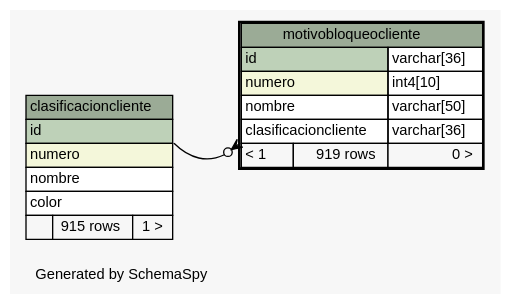
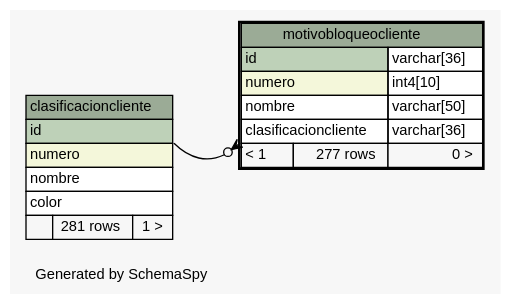
The diagram in postgresql/schemaSpy/salida/diagrams/motivobloqueocliente.1degree.dot (diegopablomansilla/massoftware_front), drawn with Graphviz before and after one commit. The commit also changed 298 other files, not shown here.

```diff
--- a/postgresql/schemaSpy/salida/diagrams/motivobloqueocliente.1degree.dot
+++ b/postgresql/schemaSpy/salida/diagrams/motivobloqueocliente.1degree.dot
@@ -1,49 +1,49 @@
 // dot 2.2.1 on Windows 10 10.0
 // SchemaSpy rev 590
 digraph "oneDegreeRelationshipsDiagram" {
   graph [
     rankdir="RL"
     bgcolor="#f7f7f7"
     label="\nGenerated by SchemaSpy"
     labeljust="l"
     nodesep="0.18"
     ranksep="0.46"
     fontname="Helvetica"
     fontsize="11"
   ];
   node [
     fontname="Helvetica"
     fontsize="11"
     shape="plaintext"
   ];
   edge [
     arrowsize="0.8"
   ];
   "motivobloqueocliente":"clasificacioncliente":sw -> "clasificacioncliente":"id":se [arrowhead=none dir=back arrowtail=crowodot];
   "clasificacioncliente" [
     label=<
     <TABLE BORDER="0" CELLBORDER="1" CELLSPACING="0" BGCOLOR="#ffffff">
       <TR><TD COLSPAN="3" BGCOLOR="#9bab96" ALIGN="CENTER">clasificacioncliente</TD></TR>
       <TR><TD PORT="id" COLSPAN="3" BGCOLOR="#bed1b8" ALIGN="LEFT">id</TD></TR>
       <TR><TD PORT="numero" COLSPAN="3" BGCOLOR="#f4f7da" ALIGN="LEFT">numero</TD></TR>
       <TR><TD PORT="nombre" COLSPAN="3" ALIGN="LEFT">nombre</TD></TR>
       <TR><TD PORT="color" COLSPAN="3" ALIGN="LEFT">color</TD></TR>
-      <TR><TD ALIGN="LEFT" BGCOLOR="#f7f7f7">  </TD><TD ALIGN="RIGHT" BGCOLOR="#f7f7f7">915 rows</TD><TD ALIGN="RIGHT" BGCOLOR="#f7f7f7">1 &gt;</TD></TR>
+      <TR><TD ALIGN="LEFT" BGCOLOR="#f7f7f7">  </TD><TD ALIGN="RIGHT" BGCOLOR="#f7f7f7">281 rows</TD><TD ALIGN="RIGHT" BGCOLOR="#f7f7f7">1 &gt;</TD></TR>
     </TABLE>>
     URL="clasificacioncliente.html"
     tooltip="clasificacioncliente"
   ];
   "motivobloqueocliente" [
     label=<
     <TABLE BORDER="2" CELLBORDER="1" CELLSPACING="0" BGCOLOR="#ffffff">
       <TR><TD COLSPAN="3" BGCOLOR="#9bab96" ALIGN="CENTER">motivobloqueocliente</TD></TR>
       <TR><TD PORT="id" COLSPAN="2" BGCOLOR="#bed1b8" ALIGN="LEFT">id</TD><TD PORT="id.type" ALIGN="LEFT">varchar[36]</TD></TR>
       <TR><TD PORT="numero" COLSPAN="2" BGCOLOR="#f4f7da" ALIGN="LEFT">numero</TD><TD PORT="numero.type" ALIGN="LEFT">int4[10]</TD></TR>
       <TR><TD PORT="nombre" COLSPAN="2" ALIGN="LEFT">nombre</TD><TD PORT="nombre.type" ALIGN="LEFT">varchar[50]</TD></TR>
       <TR><TD PORT="clasificacioncliente" COLSPAN="2" ALIGN="LEFT">clasificacioncliente</TD><TD PORT="clasificacioncliente.type" ALIGN="LEFT">varchar[36]</TD></TR>
-      <TR><TD ALIGN="LEFT" BGCOLOR="#f7f7f7">&lt; 1</TD><TD ALIGN="RIGHT" BGCOLOR="#f7f7f7">919 rows</TD><TD ALIGN="RIGHT" BGCOLOR="#f7f7f7">0 &gt;</TD></TR>
+      <TR><TD ALIGN="LEFT" BGCOLOR="#f7f7f7">&lt; 1</TD><TD ALIGN="RIGHT" BGCOLOR="#f7f7f7">277 rows</TD><TD ALIGN="RIGHT" BGCOLOR="#f7f7f7">0 &gt;</TD></TR>
     </TABLE>>
     URL="motivobloqueocliente.html"
     tooltip="motivobloqueocliente"
   ];
 }
```
